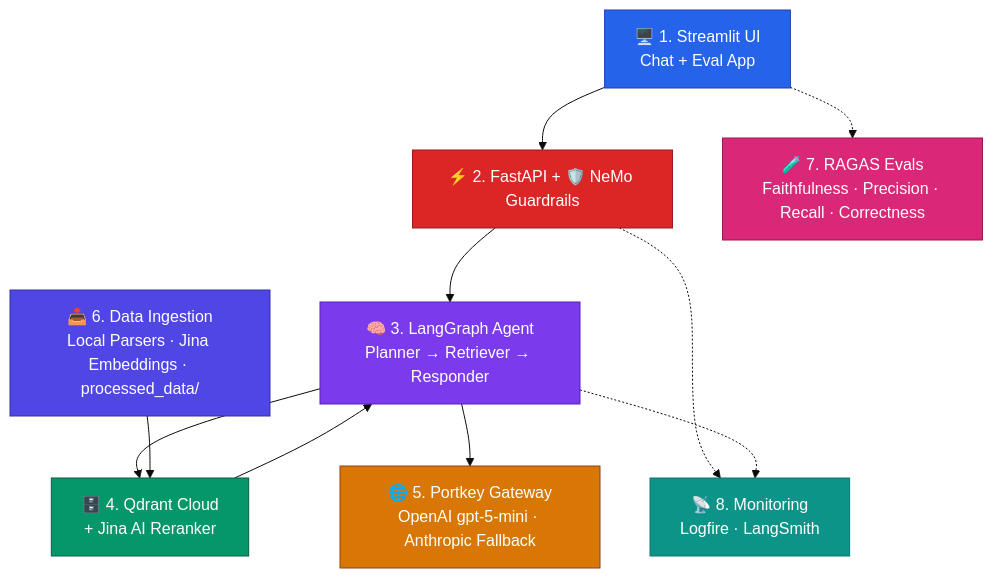
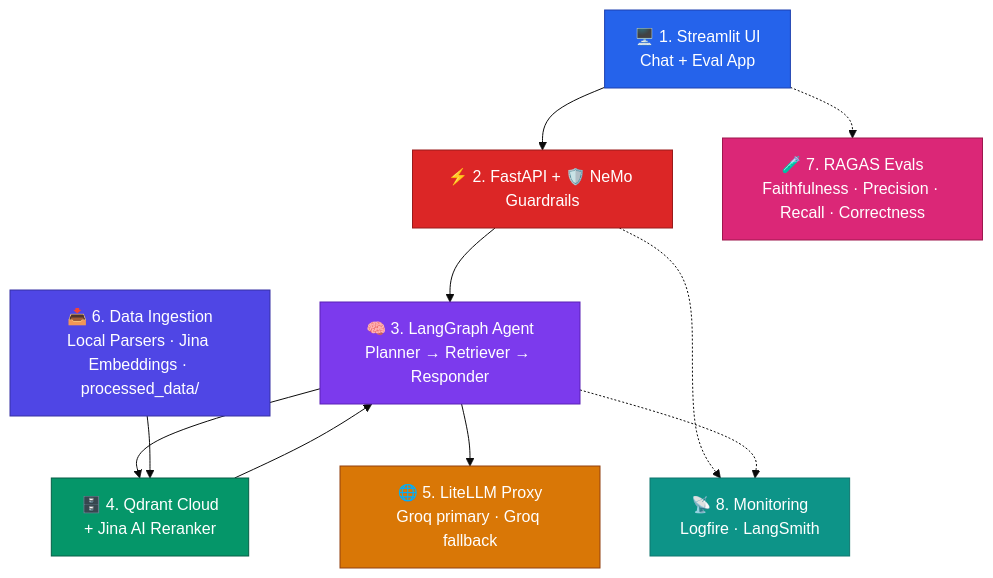
Before and after one commit to dnyaneshwarmagar/enterprise-rag: the third of 3 diagrams in ARCHITECTURE.md, drawn with Mermaid (base theme). The commit also changed other lines of this file and 52 other files, not shown here.

First line of the commit message:
Ship LiteLLM gateway with DI services and post-deploy Groq smoke.

````diff
--- a/ARCHITECTURE.md
+++ b/ARCHITECTURE.md
@@ -235,37 +261,37 @@
 ```mermaid
 graph TB
     A["🖥️ 1. Streamlit UI\nChat + Eval App"]
     B["⚡ 2. FastAPI + 🛡️ NeMo Guardrails"]
     C["🧠 3. LangGraph Agent\nPlanner → Retriever → Responder"]
     D["🗄️ 4. Qdrant Cloud\n+ Jina AI Reranker"]
-    E["🌐 5. Portkey Gateway\nOpenAI gpt-5-mini · Anthropic Fallback"]
+    E["🌐 5. LiteLLM Proxy\nGroq primary · Groq fallback"]
     F["📥 6. Data Ingestion\nLocal Parsers · Jina Embeddings · processed_data/"]
     G["🧪 7. RAGAS Evals\nFaithfulness · Precision · Recall · Correctness"]
     H["📡 8. Monitoring\nLogfire · LangSmith"]
 
     A --> B --> C
     C --> D --> C
     C --> E
     F --> D
     A -.-> G
     B -.-> H
     C -.-> H
 
     classDef ui      fill:#2563EB,stroke:#1E40AF,color:#fff
     classDef safety  fill:#DC2626,stroke:#991B1B,color:#fff
     classDef agent   fill:#7C3AED,stroke:#5B21B6,color:#fff
     classDef db      fill:#059669,stroke:#065F46,color:#fff
     classDef llm     fill:#D97706,stroke:#92400E,color:#fff
     classDef ingest  fill:#4F46E5,stroke:#3730A3,color:#fff
     classDef evals   fill:#DB2777,stroke:#9D174D,color:#fff
     classDef obs     fill:#0D9488,stroke:#0F766E,color:#fff
 
     class A ui
     class B safety
     class C agent
     class D db
     class E llm
     class F ingest
     class G evals
     class H obs
 ```
````
